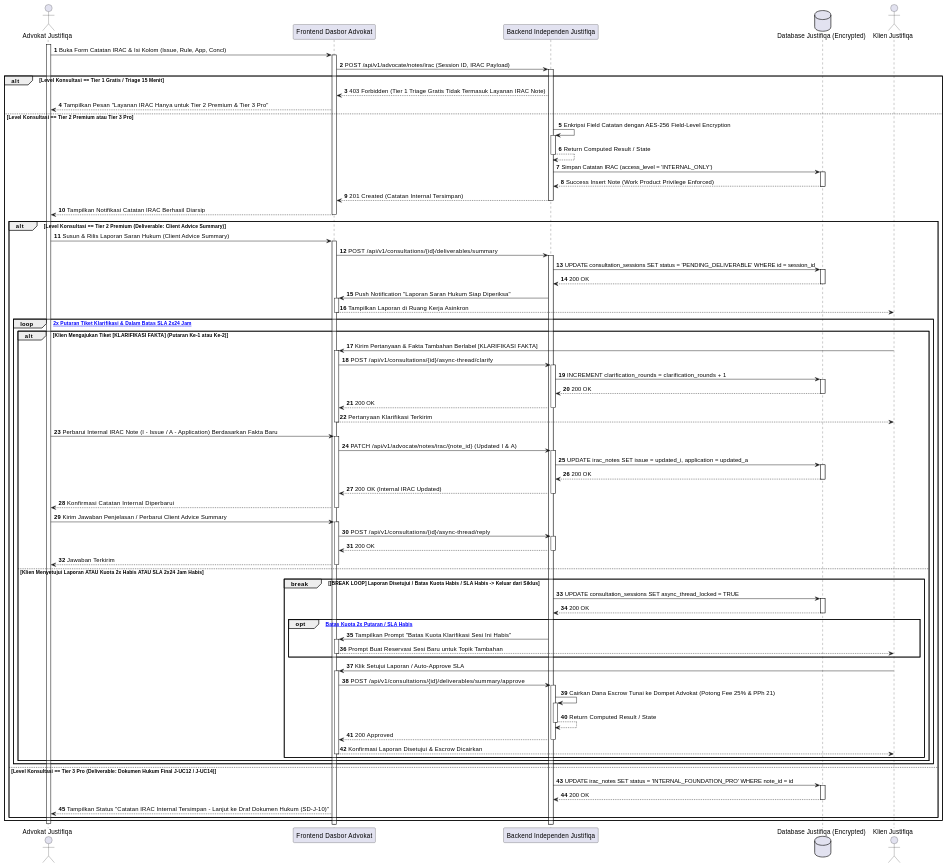
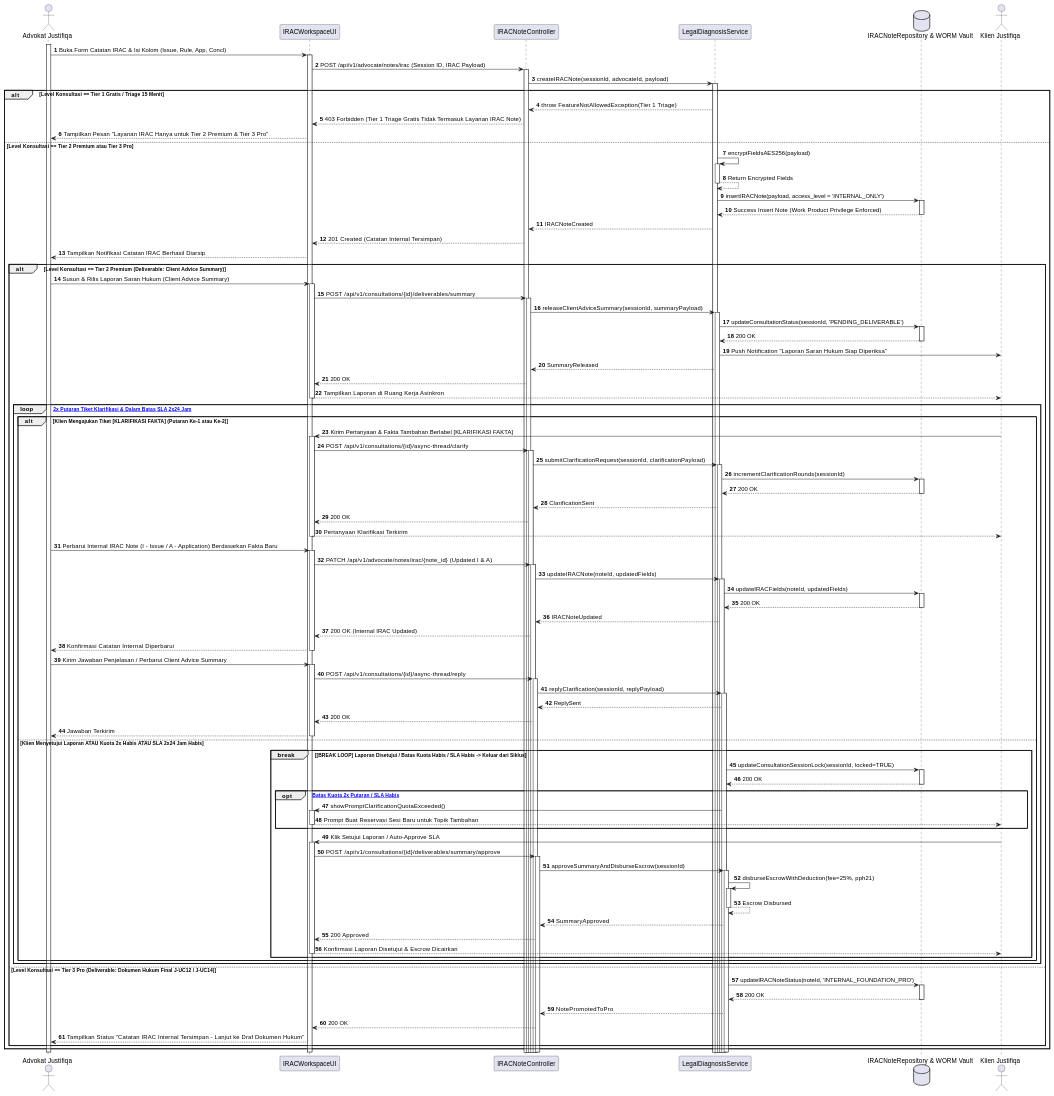
Before and after one commit to tupperwureism/SuperApp-Gagal: the eighth of 28 diagrams in MarkDown/plantuml_sequence_diagrams.md, drawn with PlantUML. The commit also changed other lines of this file, not shown here.

Commit message:
refactor(SD): refactor SD-J-06 through SD-J-10 to 5-Lifeline BCE architecture

````diff
--- a/MarkDown/plantuml_sequence_diagrams.md
+++ b/MarkDown/plantuml_sequence_diagrams.md
@@ -806,85 +849,103 @@
 @startuml
 autonumber
 actor "Advokat Justifiqa" as Mitra
-participant "Frontend Dasbor Advokat" as FE
-participant "Backend Independen Justifiqa" as BE
-database "Database Justifiqa (Encrypted)" as DB
+participant "IRACWorkspaceUI" as FE
+participant "IRACNoteController" as CTRL
+participant "LegalDiagnosisService" as SVC
+database "IRACNoteRepository & WORM Vault" as REPO
 actor "Klien Justifiqa" as Klien
 
 activate Mitra
 Mitra -> FE ++ : Buka Form Catatan IRAC & Isi Kolom (Issue, Rule, App, Concl)
-FE -> BE ++ : POST /api/v1/advocate/notes/irac (Session ID, IRAC Payload)
+FE -> CTRL ++ : POST /api/v1/advocate/notes/irac (Session ID, IRAC Payload)
+CTRL -> SVC ++ : createIRACNote(sessionId, advocateId, payload)
 
 alt Level Konsultasi == Tier 1 Gratis / Triage 15 Menit
-    BE --> FE : 403 Forbidden (Tier 1 Triage Gratis Tidak Termasuk Layanan IRAC Note)
+    SVC --> CTRL : throw FeatureNotAllowedException(Tier 1 Triage)
+    CTRL --> FE : 403 Forbidden (Tier 1 Triage Gratis Tidak Termasuk Layanan IRAC Note)
     FE --> Mitra : Tampilkan Pesan "Layanan IRAC Hanya untuk Tier 2 Premium & Tier 3 Pro"
 else Level Konsultasi == Tier 2 Premium atau Tier 3 Pro
-    BE -> BE ++ : Enkripsi Field Catatan dengan AES-256 Field-Level Encryption
-    BE --> BE -- : Return Computed Result / State
-    BE -> DB ++ : Simpan Catatan IRAC (access_level = 'INTERNAL_ONLY')
-    DB --> BE -- : Success Insert Note (Work Product Privilege Enforced)
-    BE --> FE -- : 201 Created (Catatan Internal Tersimpan)
+    SVC -> SVC ++ : encryptFieldsAES256(payload)
+    SVC --> SVC -- : Return Encrypted Fields
+    SVC -> REPO ++ : insertIRACNote(payload, access_level = 'INTERNAL_ONLY')
+    REPO --> SVC -- : Success Insert Note (Work Product Privilege Enforced)
+    SVC --> CTRL : IRACNoteCreated
+    CTRL --> FE : 201 Created (Catatan Internal Tersimpan)
     FE --> Mitra : Tampilkan Notifikasi Catatan IRAC Berhasil Diarsip
-    deactivate FE
 
     alt Level Konsultasi == Tier 2 Premium (Deliverable: Client Advice Summary)
         Mitra -> FE ++ : Susun & Rilis Laporan Saran Hukum (Client Advice Summary)
-        FE -> BE ++ : POST /api/v1/consultations/{id}/deliverables/summary
-        BE -> DB ++ : UPDATE consultation_sessions SET status = 'PENDING_DELIVERABLE' WHERE id = session_id
-        DB --> BE -- : 200 OK
-        BE -> FE ++ : Push Notification "Laporan Saran Hukum Siap Diperiksa"
+        FE -> CTRL ++ : POST /api/v1/consultations/{id}/deliverables/summary
+        CTRL -> SVC ++ : releaseClientAdviceSummary(sessionId, summaryPayload)
+        SVC -> REPO ++ : updateConsultationStatus(sessionId, 'PENDING_DELIVERABLE')
+        REPO --> SVC -- : 200 OK
+        SVC -> Klien : Push Notification "Laporan Saran Hukum Siap Diperiksa"
+        SVC --> CTRL : SummaryReleased
+        CTRL --> FE : 200 OK
         FE --> Klien : Tampilkan Laporan di Ruang Kerja Asinkron
         deactivate FE
 
         loop [Maksimal 2x Putaran Tiket Klarifikasi & Dalam Batas SLA 2x24 Jam]
             alt Klien Mengajukan Tiket [KLARIFIKASI FAKTA] (Putaran Ke-1 atau Ke-2)
                 Klien -> FE ++ : Kirim Pertanyaan & Fakta Tambahan Berlabel [KLARIFIKASI FAKTA]
-                FE -> BE ++ : POST /api/v1/consultations/{id}/async-thread/clarify
-                BE -> DB ++ : INCREMENT clarification_rounds = clarification_rounds + 1
-                DB --> BE -- : 200 OK
-                BE --> FE -- : 200 OK
+                FE -> CTRL ++ : POST /api/v1/consultations/{id}/async-thread/clarify
+                CTRL -> SVC ++ : submitClarificationRequest(sessionId, clarificationPayload)
+                SVC -> REPO ++ : incrementClarificationRounds(sessionId)
+                REPO --> SVC -- : 200 OK
+                SVC --> CTRL : ClarificationSent
+                CTRL --> FE : 200 OK
                 FE --> Klien : Pertanyaan Klarifikasi Terkirim
                 deactivate FE
                 
                 Mitra -> FE ++ : Perbarui Internal IRAC Note (I - Issue / A - Application) Berdasarkan Fakta Baru
-                FE -> BE ++ : PATCH /api/v1/advocate/notes/irac/{note_id} (Updated I & A)
-                BE -> DB ++ : UPDATE irac_notes SET issue = updated_i, application = updated_a
-                DB --> BE -- : 200 OK
-                BE --> FE -- : 200 OK (Internal IRAC Updated)
+                FE -> CTRL ++ : PATCH /api/v1/advocate/notes/irac/{note_id} (Updated I & A)
+                CTRL -> SVC ++ : updateIRACNote(noteId, updatedFields)
+                SVC -> REPO ++ : updateIRACFields(noteId, updatedFields)
+                REPO --> SVC -- : 200 OK
+                SVC --> CTRL : IRACNoteUpdated
+                CTRL --> FE : 200 OK (Internal IRAC Updated)
                 FE --> Mitra : Konfirmasi Catatan Internal Diperbarui
                 deactivate FE
                 
                 Mitra -> FE ++ : Kirim Jawaban Penjelasan / Perbarui Client Advice Summary
-                FE -> BE ++ : POST /api/v1/consultations/{id}/async-thread/reply
-                BE --> FE -- : 200 OK
+                FE -> CTRL ++ : POST /api/v1/consultations/{id}/async-thread/reply
+                CTRL -> SVC ++ : replyClarification(sessionId, replyPayload)
+                SVC --> CTRL : ReplySent
+                CTRL --> FE : 200 OK
                 FE --> Mitra : Jawaban Terkirim
                 deactivate FE
             else Klien Menyetujui Laporan ATAU Kuota 2x Habis ATAU SLA 2x24 Jam Habis
                 break [BREAK LOOP] Laporan Disetujui / Batas Kuota Habis / SLA Habis -> Keluar dari Siklus
-                    BE -> DB ++ : UPDATE consultation_sessions SET async_thread_locked = TRUE
-                    DB --> BE -- : 200 OK
+                    SVC -> REPO ++ : updateConsultationSessionLock(sessionId, locked=TRUE)
+                    REPO --> SVC -- : 200 OK
                     opt [Jika Batas Kuota 2x Putaran / SLA Habis]
-                        BE -> FE ++ : Tampilkan Prompt "Batas Kuota Klarifikasi Sesi Ini Habis"
+                        SVC -> FE ++ : showPromptClarificationQuotaExceeded()
                         FE --> Klien : Prompt Buat Reservasi Sesi Baru untuk Topik Tambahan
                         deactivate FE
                     end
                     Klien -> FE ++ : Klik Setujui Laporan / Auto-Approve SLA
-                    FE -> BE ++ : POST /api/v1/consultations/{id}/deliverables/summary/approve
-                    BE -> BE ++ : Cairkan Dana Escrow Tunai ke Dompet Advokat (Potong Fee 25% & PPh 21)
-                    BE --> BE -- : Return Computed Result / State
-                    BE --> FE -- : 200 Approved
+                    FE -> CTRL ++ : POST /api/v1/consultations/{id}/deliverables/summary/approve
+                    CTRL -> SVC ++ : approveSummaryAndDisburseEscrow(sessionId)
+                    SVC -> SVC ++ : disburseEscrowWithDeduction(fee=25%, pph21)
+                    SVC --> SVC -- : Escrow Disbursed
+                    SVC --> CTRL : SummaryApproved
+                    CTRL --> FE : 200 Approved
                     FE --> Klien : Konfirmasi Laporan Disetujui & Escrow Dicairkan
                     deactivate FE
                 end
             end
         end
     else Level Konsultasi == Tier 3 Pro (Deliverable: Dokumen Hukum Final J-UC12 / J-UC14)
-        BE -> DB ++ : UPDATE irac_notes SET status = 'INTERNAL_FOUNDATION_PRO' WHERE note_id = id
-        DB --> BE -- : 200 OK
-        FE --> Mitra : Tampilkan Status "Catatan IRAC Internal Tersimpan - Lanjut ke Draf Dokumen Hukum (SD-J-10)"
+        SVC -> REPO ++ : updateIRACNoteStatus(noteId, 'INTERNAL_FOUNDATION_PRO')
+        REPO --> SVC -- : 200 OK
+        SVC --> CTRL : NotePromotedToPro
+        CTRL --> FE : 200 OK
+        FE --> Mitra : Tampilkan Status "Catatan IRAC Internal Tersimpan - Lanjut ke Draf Dokumen Hukum"
     end
 end
-
+deactivate SVC
+deactivate CTRL
+deactivate FE
 deactivate Mitra
 @enduml
 ```
````
